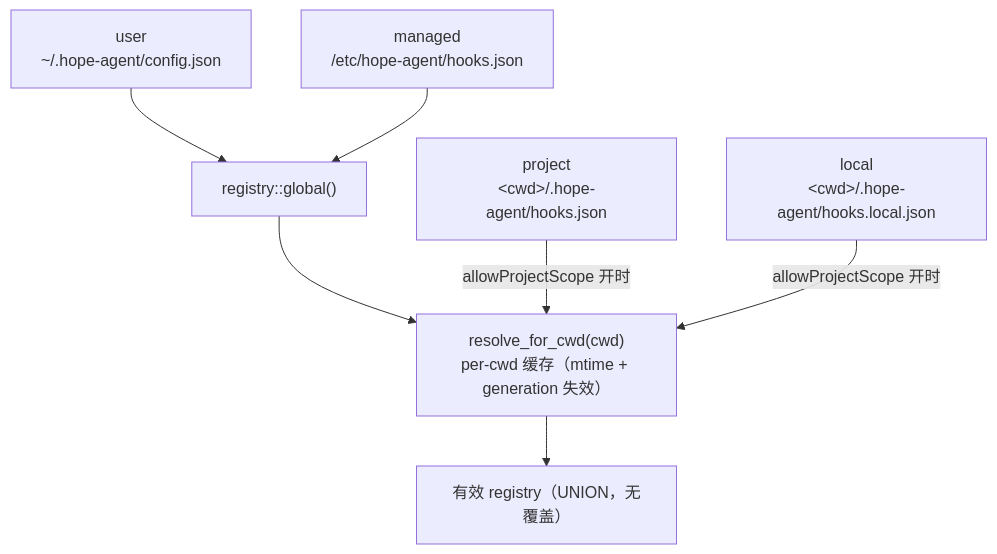
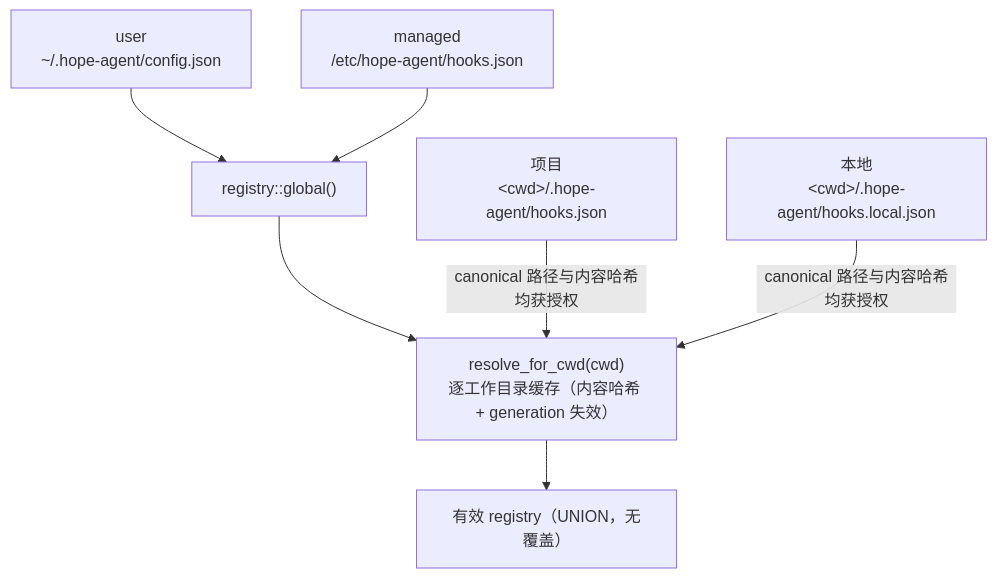
One commit to shiwenwen/hope-agent changed the sixth of 7 diagrams in docs/architecture/agent/hooks.md. Above: the diagram before and after it, drawn with Mermaid. The commit also changed other lines of this file and 209 other files, not shown here.

````diff
--- a/docs/architecture/agent/hooks.md
+++ b/docs/architecture/agent/hooks.md
@@ -326,9 +326,9 @@
 ```mermaid
 flowchart TD
     U["user<br/>~/.hope-agent/config.json"] --> G["registry::global()"]
     Mg["managed<br/>/etc/hope-agent/hooks.json"] --> G
-    G --> R["resolve_for_cwd(cwd)<br/>per-cwd 缓存（mtime + generation 失效）"]
-    P["project<br/>&lt;cwd&gt;/.hope-agent/hooks.json"] -->|allowProjectScope 开时| R
-    L["local<br/>&lt;cwd&gt;/.hope-agent/hooks.local.json"] -->|allowProjectScope 开时| R
+    G --> R["resolve_for_cwd(cwd)<br/>逐工作目录缓存（内容哈希 + generation 失效）"]
+    P["项目<br/>&lt;cwd&gt;/.hope-agent/hooks.json"] -->|canonical 路径与内容哈希均获授权| R
+    L["本地<br/>&lt;cwd&gt;/.hope-agent/hooks.local.json"] -->|canonical 路径与内容哈希均获授权| R
     R --> EFF["有效 registry（UNION，无覆盖）"]
 ```
````
